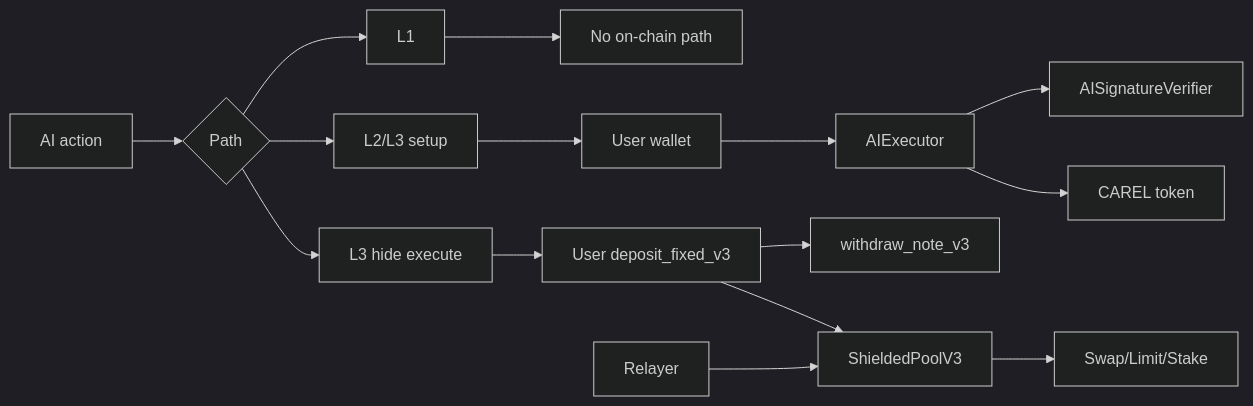
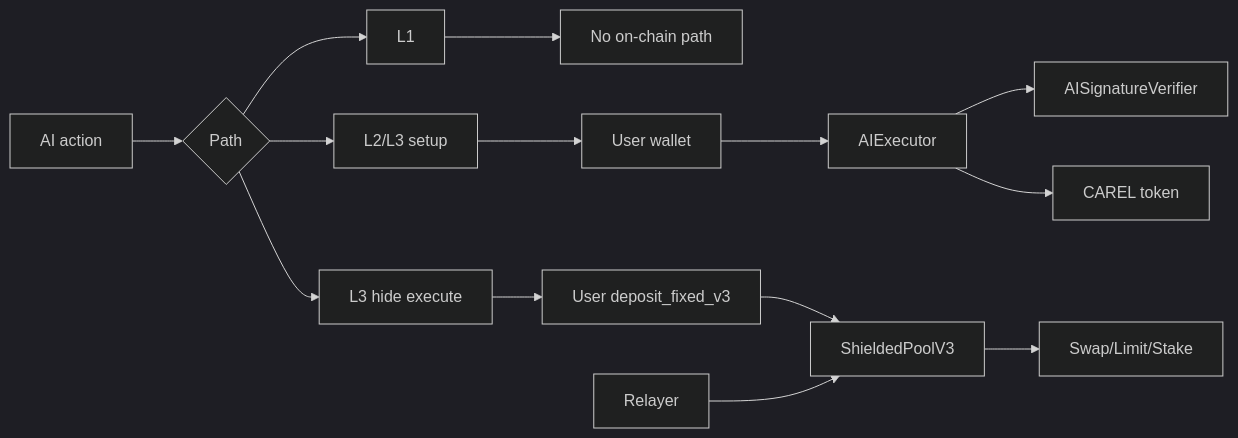
Before and after one commit to ntfound-dev/zkcarel_protocol: the fifth of 5 diagrams in smartcontract/README.md, drawn with Mermaid (dark theme). The commit also changed other lines of this file and 1 other file, not shown here.

Commit message:
docs: clarify stakingbtc and ai hide flow

````diff
--- a/smartcontract/README.md
+++ b/smartcontract/README.md
@@ -187,20 +188,19 @@
 ```mermaid
 flowchart LR
   A[AI action] --> B{Path}
 
   B --> C[L1]
   C --> C1[No on-chain path]
 
   B --> D[L2/L3 setup]
   D --> U[User wallet]
   U --> AIEXEC[AIExecutor]
   AIEXEC --> AIVER[AISignatureVerifier]
   AIEXEC --> CAREL[CAREL token]
 
   B --> E[L3 hide execute]
   E --> NOTE[User deposit_fixed_v3]
-  NOTE --> WD[withdraw_note_v3]
   NOTE --> EXEC[ShieldedPoolV3]
   R[Relayer] --> EXEC
   EXEC --> TARGET[Swap/Limit/Stake]
 ```
````
